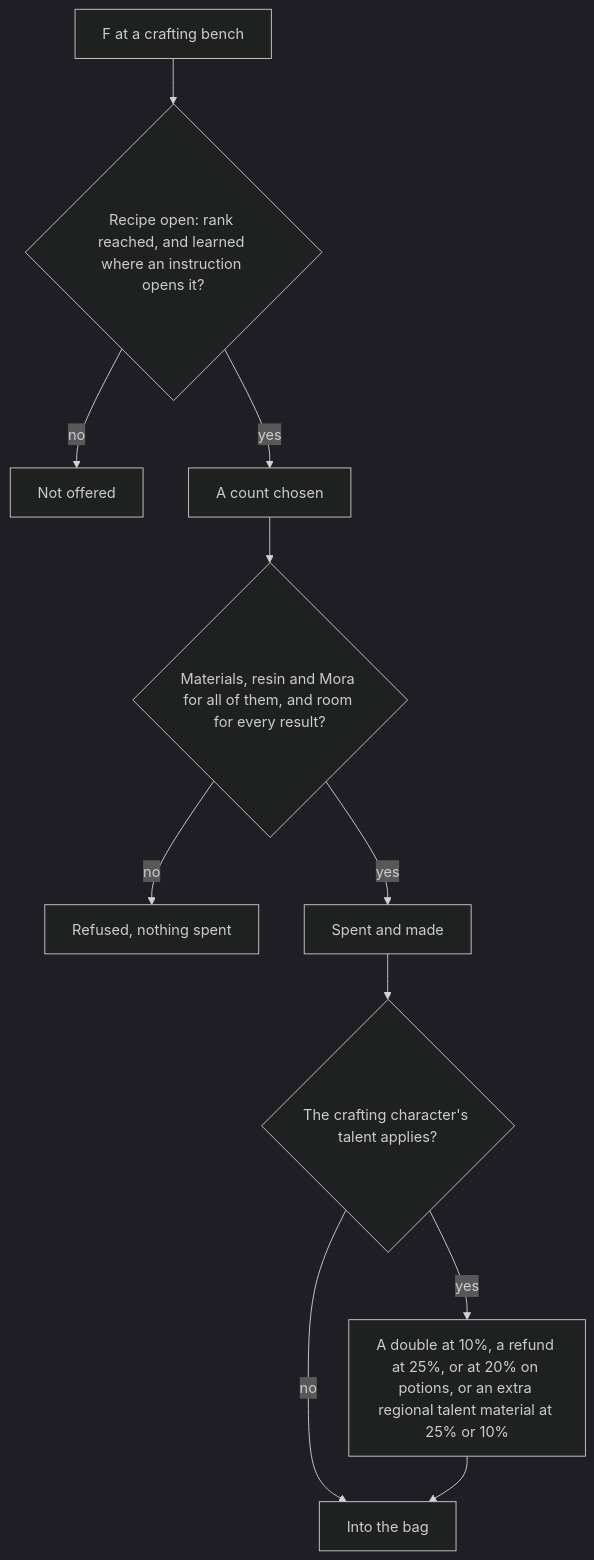
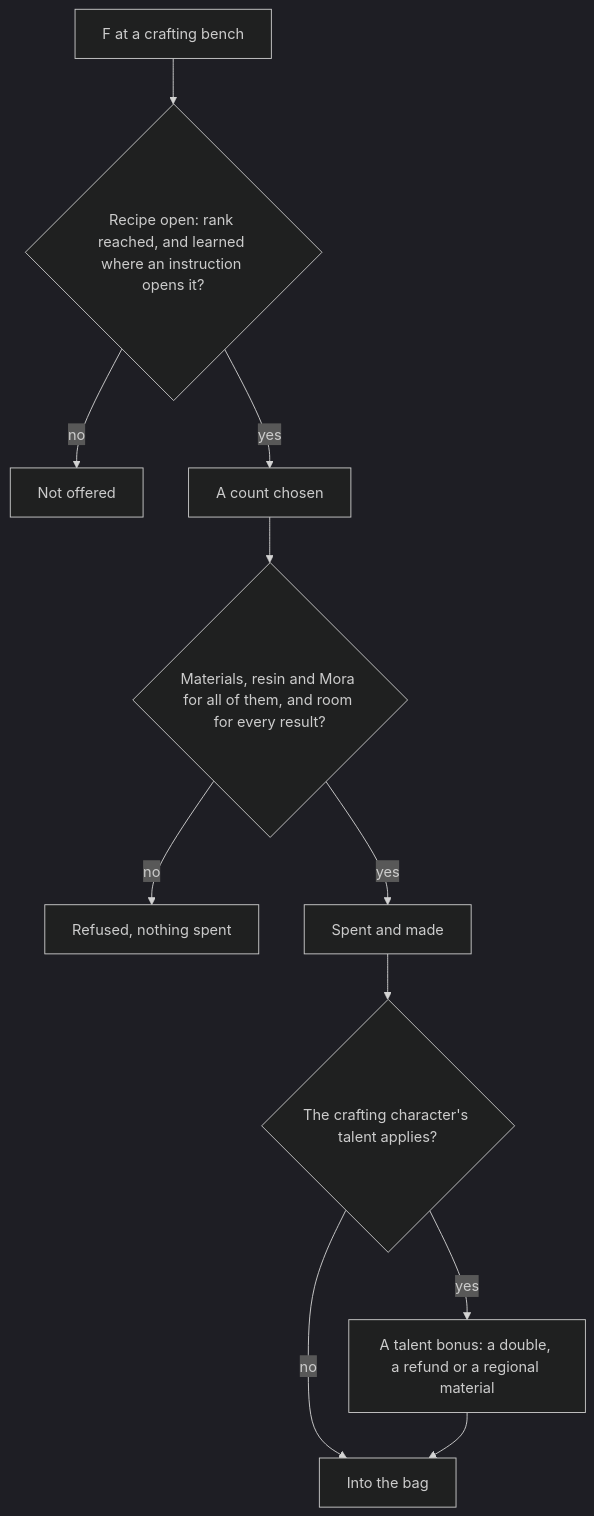
The diagram in apps/web/content/docs/proposals/genshin/crafting.md (Esposter/Esposter), drawn with Mermaid (dark theme) before and after one commit.

Commit message:
docs(genshin): the crafting bench's talent bonus label is a name and one qualifier
The EXTRA label carried four percentages and outran the label bound the docs suite holds. Its four outcomes stay in the label; the percentages are the talent bullet's, above it.

Claude-Session: https://claude.ai/code/session_01G7vjWfdLPLc2TiVG7vjBEM

````diff
--- a/apps/web/content/docs/proposals/genshin/crafting.md
+++ b/apps/web/content/docs/proposals/genshin/crafting.md
@@ -41,13 +41,13 @@
 ```mermaid
 flowchart TD
   BENCH["F at a crafting bench"] --> RECIPE{"Recipe open: rank reached, and learned where an instruction opens it?"}
   RECIPE -->|"no"| HIDDEN["Not offered"]
   RECIPE -->|"yes"| COUNT["A count chosen"]
   COUNT --> PAY{"Materials, resin and Mora for all of them, and room for every result?"}
   PAY -->|"no"| REFUSE["Refused, nothing spent"]
   PAY -->|"yes"| MAKE["Spent and made"]
   MAKE --> BONUS{"The crafting character's talent applies?"}
-  BONUS -->|"yes"| EXTRA["A double at 10%, a refund at 25%, or at 20% on potions, or an extra regional talent material at 25% or 10%"]
+  BONUS -->|"yes"| EXTRA["A talent bonus: a double, a refund or a regional material"]
   BONUS -->|"no"| DONE["Into the bag"]
   EXTRA --> DONE
 ```
````
